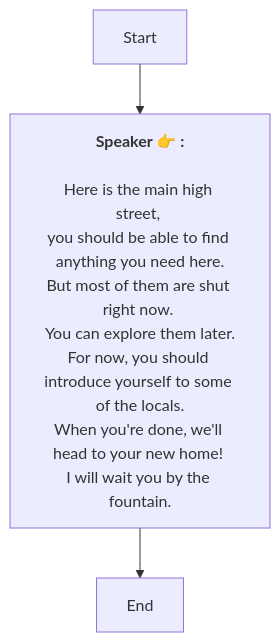
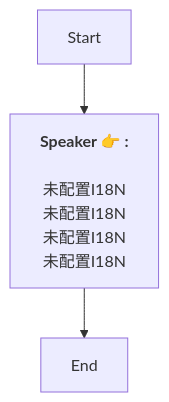
Before and after one commit to SoftHu/tos_avg: the diagram in En/QuestStartTalkENode_1772261949824200.md, drawn with Mermaid. The commit also changed 780 other files, not shown here.

````diff
--- a/En/QuestStartTalkENode_1772261949824200.md
+++ b/En/QuestStartTalkENode_1772261949824200.md
@@ -1,10 +1,7 @@
 ```mermaid
 graph
 Start -->1772261970121932[<b>Speaker 👉 :</b>
-\nHere is the main high street, 
-you should be able to find anything you need here.\nBut most of them are shut right now. 
-You can explore them later.\nFor now, you should introduce yourself to some of the locals.\nWhen you're done, we'll head to your new home! 
-I will wait you by the fountain.]
+\n未配置I18N\n未配置I18N\n未配置I18N\n未配置I18N]
 1772261970121932 -->1772261970121933[End]
 
 ```
````
